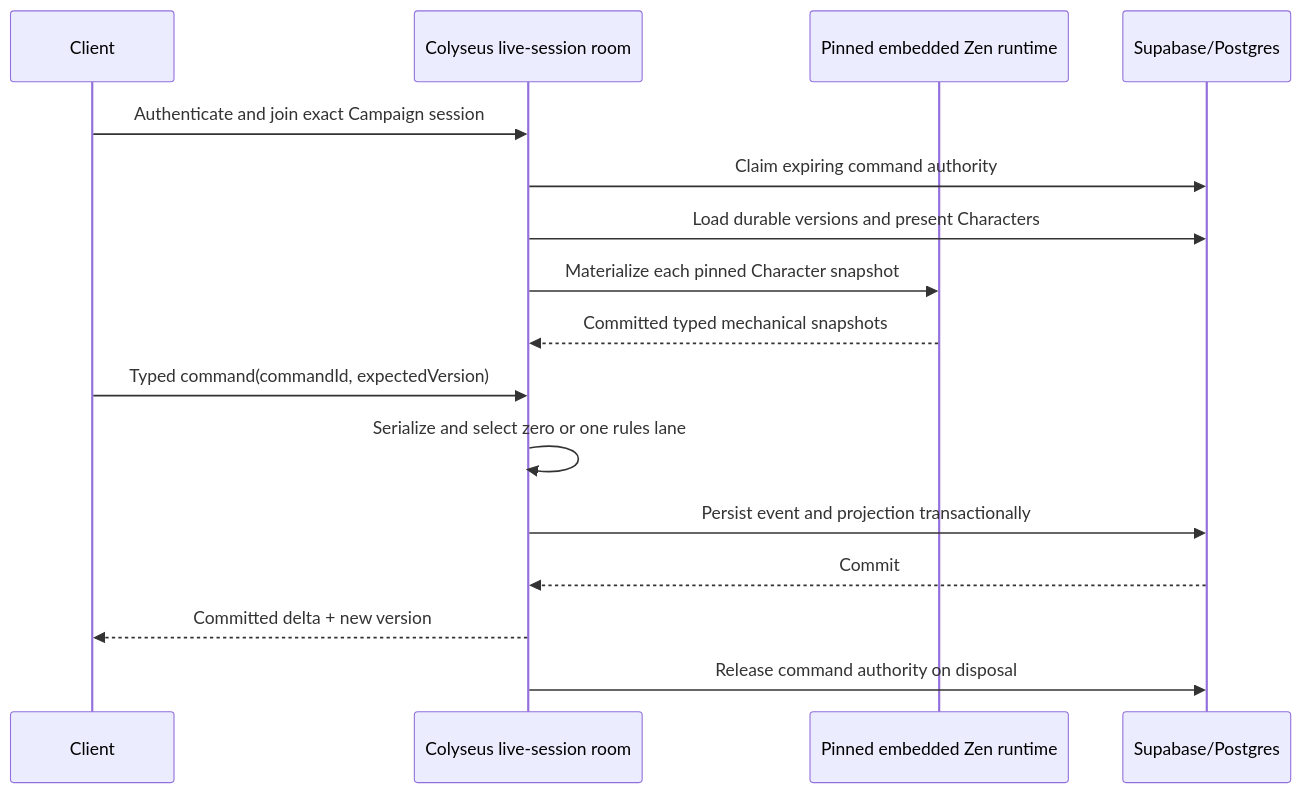
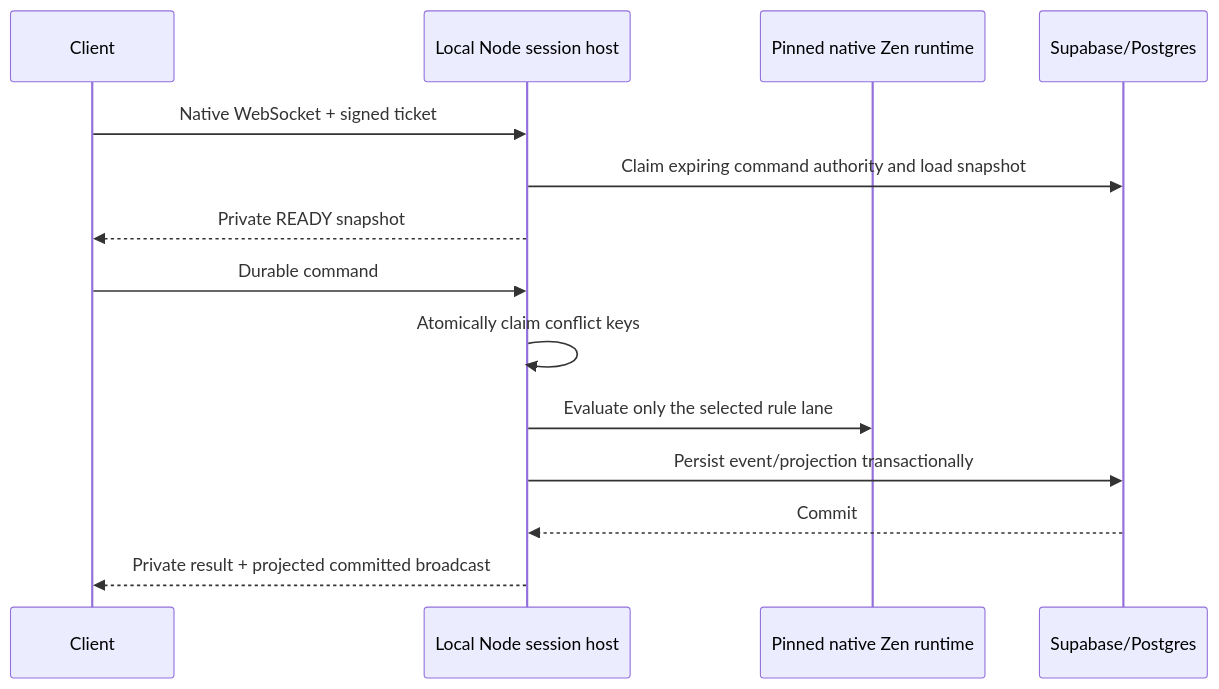
The third of 4 diagrams in docs/architecture/live-sessions.md (MPiland/artificer-toolkit), drawn with Mermaid before and after one commit. The commit also changed other lines of this file and 237 other files, not shown here.

````diff
--- a/docs/architecture/live-sessions.md
+++ b/docs/architecture/live-sessions.md
@@ -13,19 +68,17 @@
 ```mermaid
 sequenceDiagram
   participant Client
-  participant Room as Colyseus live-session room
-  participant Rules as Pinned embedded Zen runtime
+  participant Host as Local Node session host
+  participant Rules as Pinned native Zen runtime
   participant DB as Supabase/Postgres
 
-  Client->>Room: Authenticate and join exact Campaign session
-  Room->>DB: Claim expiring command authority
-  Room->>DB: Load durable versions and present Characters
-  Room->>Rules: Materialize each pinned Character snapshot
-  Rules-->>Room: Committed typed mechanical snapshots
-  Client->>Room: Typed command(commandId, expectedVersion)
-  Room->>Room: Serialize and select zero or one rules lane
-  Room->>DB: Persist event and projection transactionally
-  DB-->>Room: Commit
-  Room-->>Client: Committed delta + new version
-  Room->>DB: Release command authority on disposal
+  Client->>Host: Native WebSocket + signed ticket
+  Host->>DB: Claim expiring command authority and load snapshot
+  Host-->>Client: Private READY snapshot
+  Client->>Host: Durable command
+  Host->>Host: Atomically claim conflict keys
+  Host->>Rules: Evaluate only the selected rule lane
+  Host->>DB: Persist event/projection transactionally
+  DB-->>Host: Commit
+  Host-->>Client: Private result + projected committed broadcast
 ```
````
